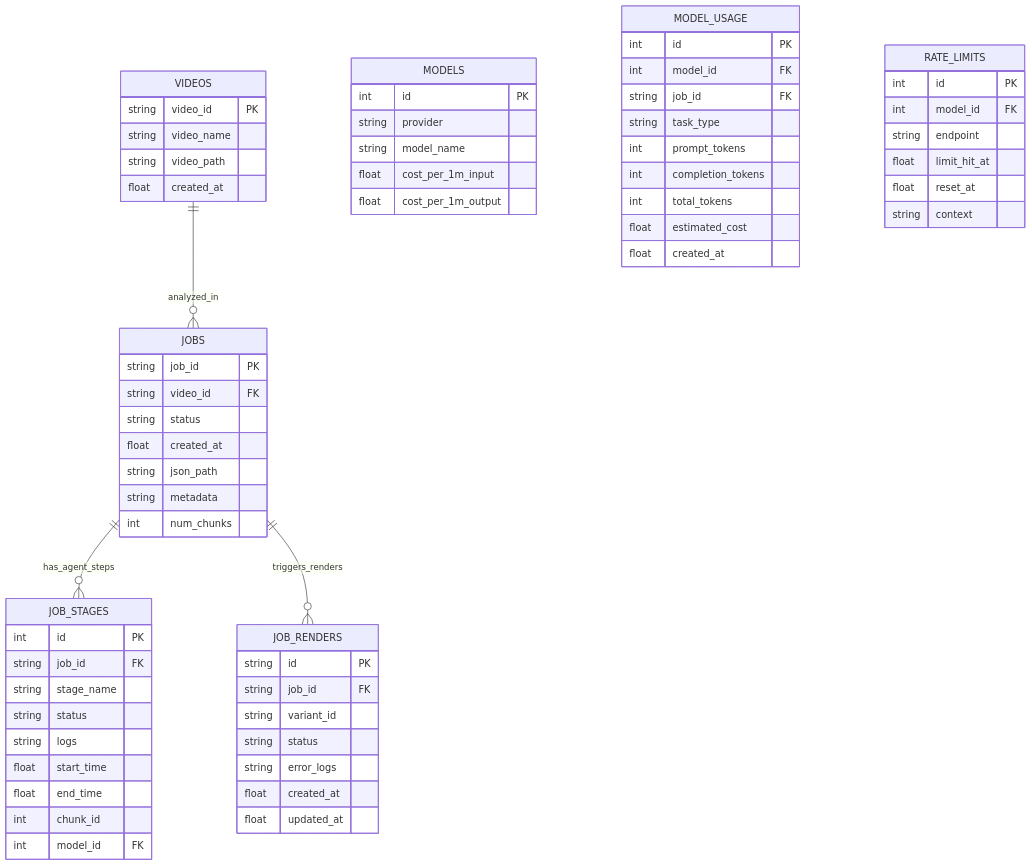
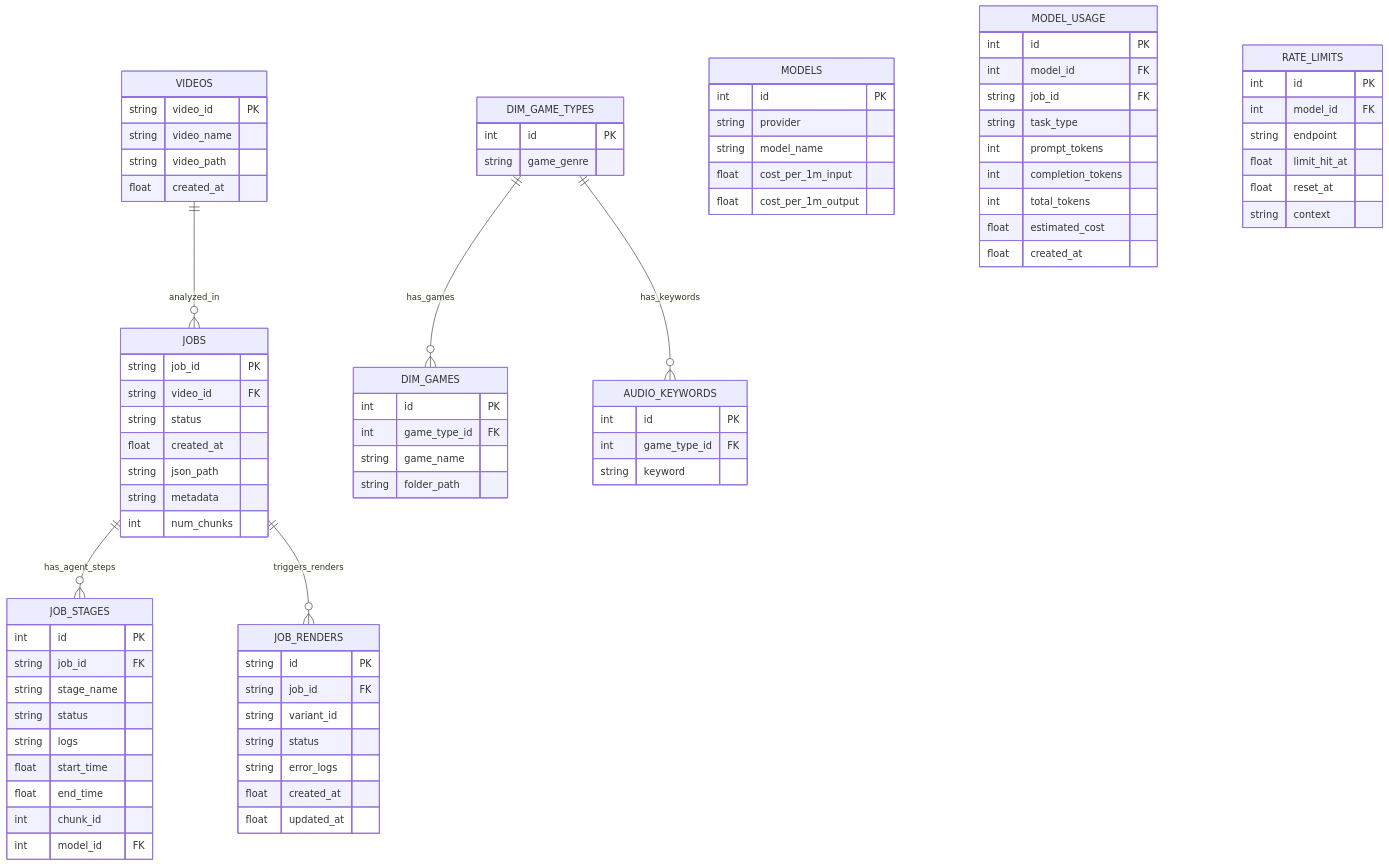
The diagram in docs/Database/Schema.md (sudo-krish/youtube-shorts-generator-antigravity), drawn with Mermaid before and after one commit. The commit also changed other lines of this file and 37 other files, not shown here.

````diff
--- a/docs/Database/Schema.md
+++ b/docs/Database/Schema.md
@@ -26,6 +26,9 @@
     VIDEOS ||--o{ JOBS : "analyzed_in"
     JOBS ||--o{ JOB_STAGES : "has_agent_steps"
     JOBS ||--o{ JOB_RENDERS : "triggers_renders"
+    
+    DIM_GAME_TYPES ||--o{ DIM_GAMES : "has_games"
+    DIM_GAME_TYPES ||--o{ AUDIO_KEYWORDS : "has_keywords"
 
     VIDEOS {
         string video_id PK
@@ -94,4 +97,22 @@
         float reset_at
         string context
     }
+    
+    DIM_GAME_TYPES {
+        int id PK
+        string game_genre
+    }
+    
+    DIM_GAMES {
+        int id PK
+        int game_type_id FK
+        string game_name
+        string folder_path
+    }
+    
+    AUDIO_KEYWORDS {
+        int id PK
+        int game_type_id FK
+        string keyword
+    }
 ```
````
